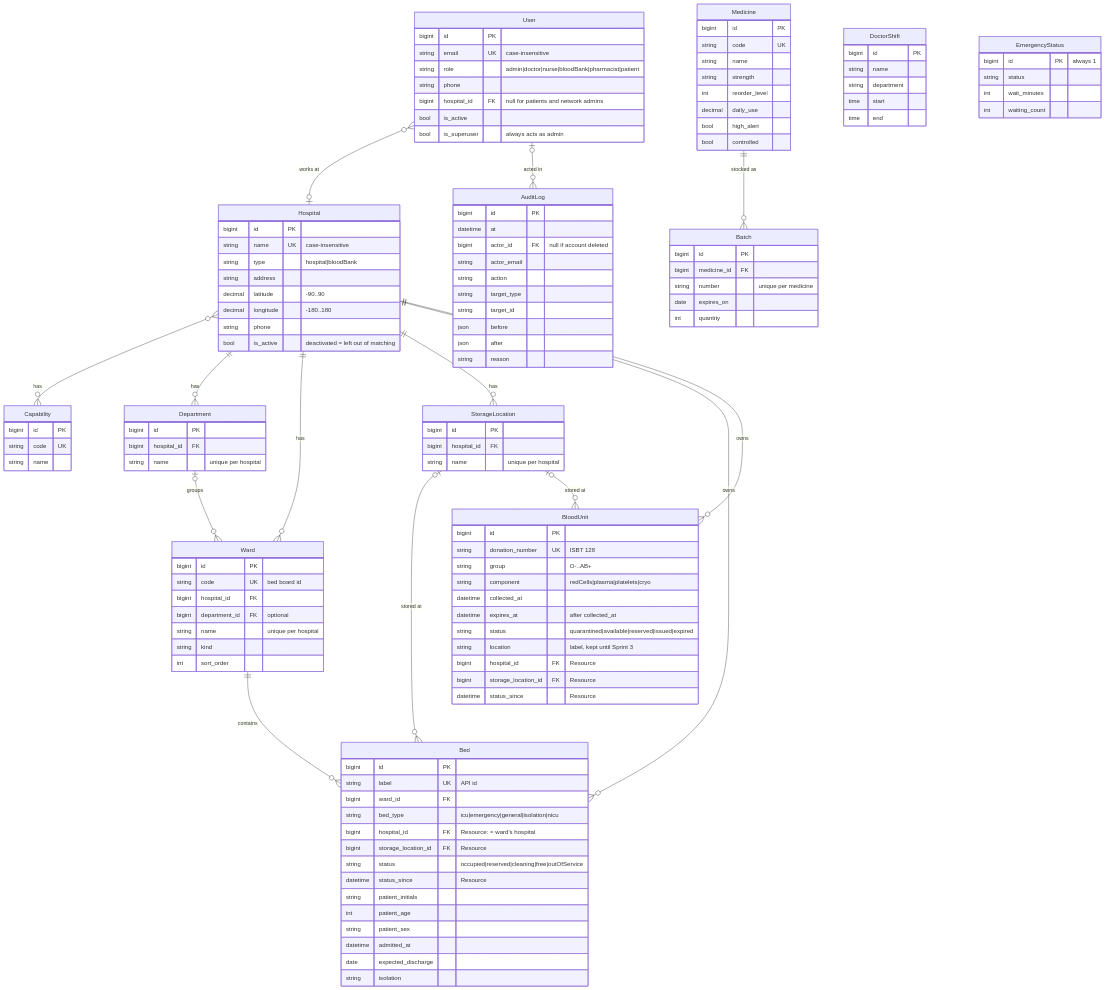
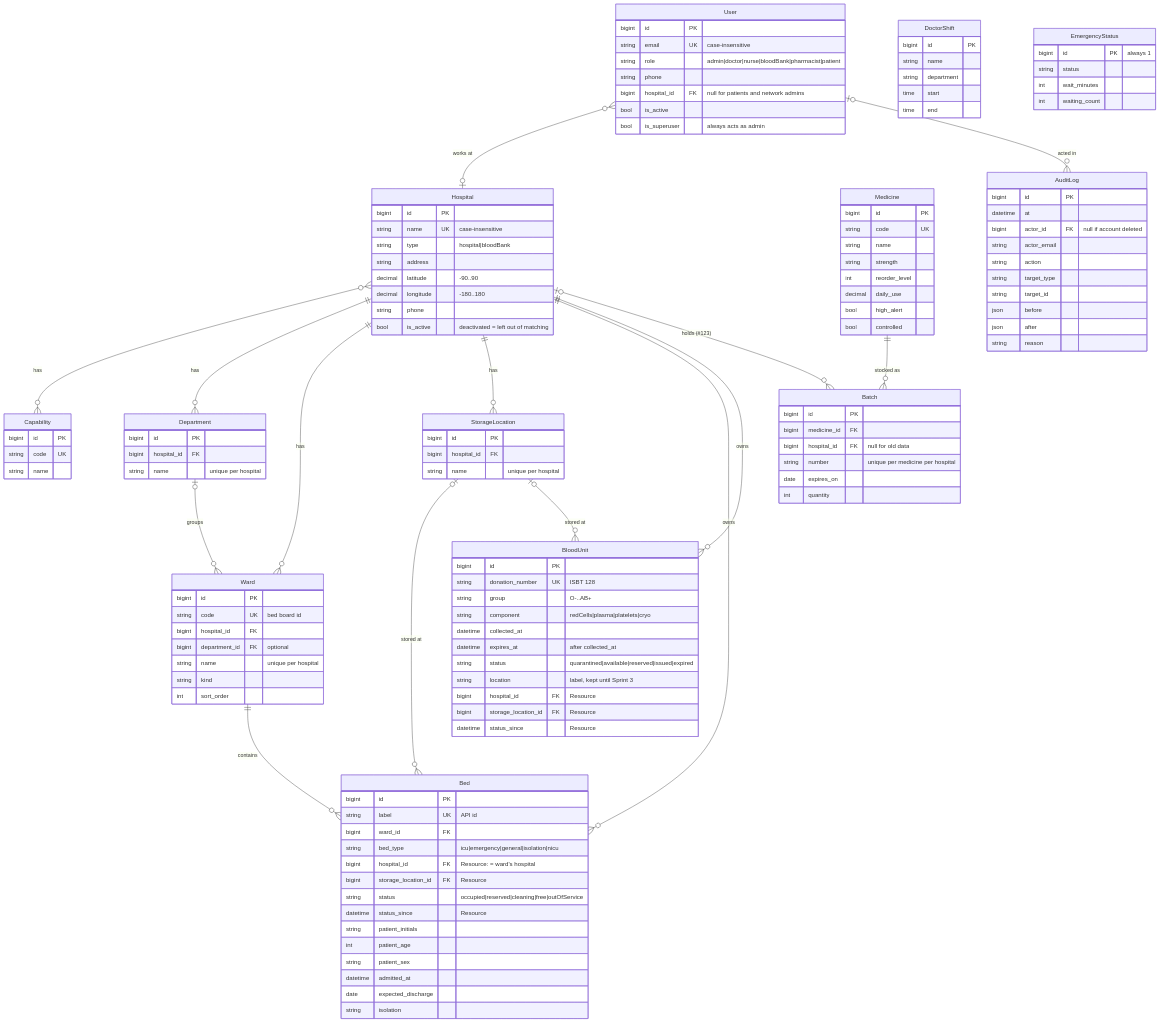
The first of 2 diagrams in docs/architecture/erd.md (harishassan-code/hospital-care), drawn with Mermaid before and after one commit. The commit also changed 60 other files, not shown here.

```diff
--- a/docs/architecture/erd.md
+++ b/docs/architecture/erd.md
@@ -22,6 +22,7 @@
     StorageLocation |o--o{ Bed : "stored at"
     StorageLocation |o--o{ BloodUnit : "stored at"
     Medicine ||--o{ Batch : "stocked as"
+    Hospital |o--o{ Batch : "holds (#123)"
     User |o--o{ AuditLog : "acted in"
 
     User {
@@ -109,7 +110,8 @@
     Batch {
         bigint id PK
         bigint medicine_id FK
-        string number "unique per medicine"
+        bigint hospital_id FK "null for old data"
+        string number "unique per medicine per hospital"
         date expires_on
         int quantity
     }
```
